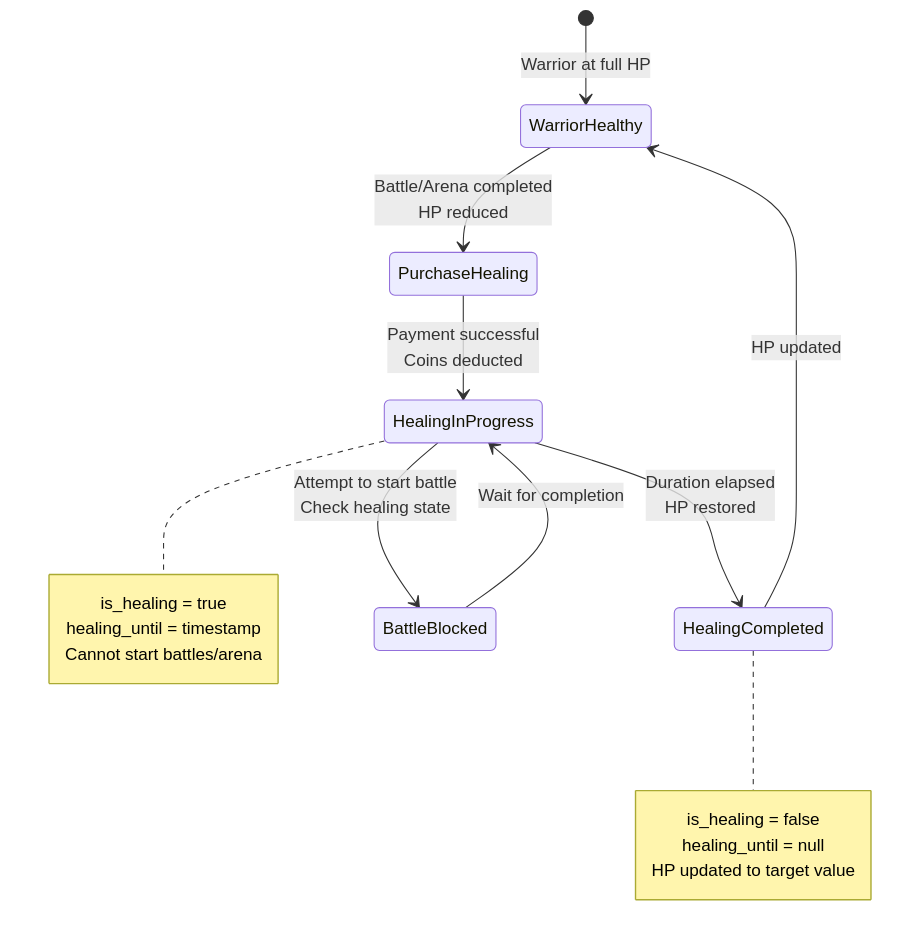
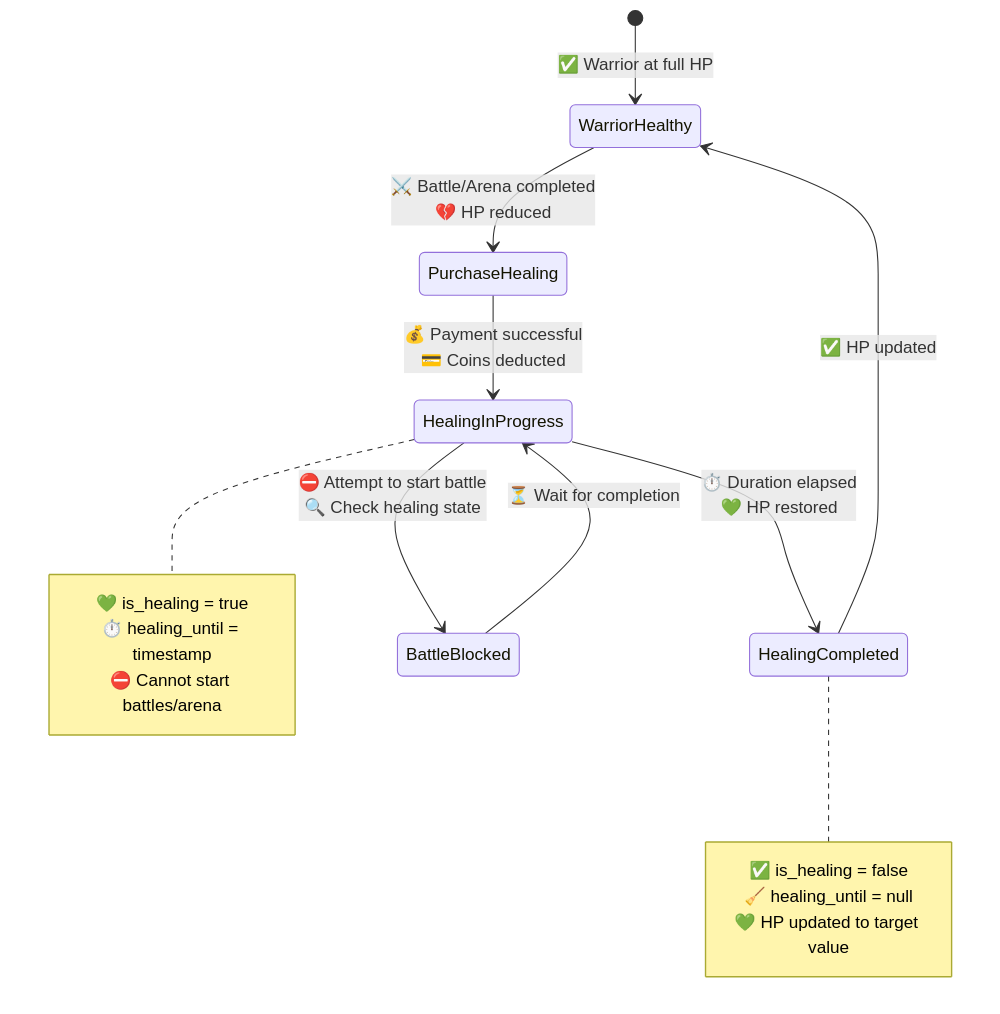
Diagram 25 of 33 in README.md (tiraten-bot/network-sec-micro), drawn with Mermaid before and after one commit. The commit also changed other lines of this file, not shown here.

Commit message:
Enhance README.md with emoji annotations for the Heal Service sections, improving clarity and visual appeal. Updated role-based packages, state management, and logging flow diagrams to include relevant icons and descriptions.

````diff
--- a/README.md
+++ b/README.md
@@ -1385,25 +1385,25 @@
 ```mermaid
 stateDiagram-v2
-    [*] --> WarriorHealthy: Warrior at full HP
+    [*] --> WarriorHealthy: ✅ Warrior at full HP
     
-    WarriorHealthy --> PurchaseHealing: Battle/Arena completed<br/>HP reduced
-    PurchaseHealing --> HealingInProgress: Payment successful<br/>Coins deducted
+    WarriorHealthy --> PurchaseHealing: ⚔️ Battle/Arena completed<br/>💔 HP reduced
+    PurchaseHealing --> HealingInProgress: 💰 Payment successful<br/>💳 Coins deducted
     
-    HealingInProgress --> HealingCompleted: Duration elapsed<br/>HP restored
-    HealingInProgress --> BattleBlocked: Attempt to start battle<br/>Check healing state
+    HealingInProgress --> HealingCompleted: ⏱️ Duration elapsed<br/>💚 HP restored
+    HealingInProgress --> BattleBlocked: ⛔ Attempt to start battle<br/>🔍 Check healing state
     
-    HealingCompleted --> WarriorHealthy: HP updated
-    BattleBlocked --> HealingInProgress: Wait for completion
+    HealingCompleted --> WarriorHealthy: ✅ HP updated
+    BattleBlocked --> HealingInProgress: ⏳ Wait for completion
     
     note right of HealingInProgress
-        is_healing = true
-        healing_until = timestamp
-        Cannot start battles/arena
+        💚 is_healing = true
+        ⏱️ healing_until = timestamp
+        ⛔ Cannot start battles/arena
     end note
     
     note right of HealingCompleted
-        is_healing = false
-        healing_until = null
-        HP updated to target value
+        ✅ is_healing = false
+        🧹 healing_until = null
+        💚 HP updated to target value
     end note
 ```
````
